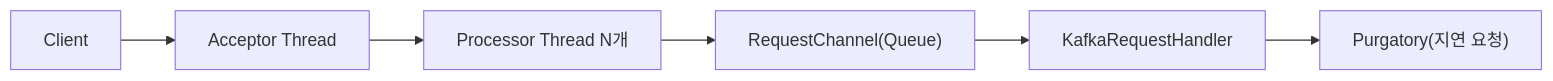
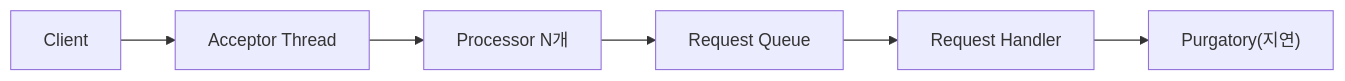
One commit to yjkim2015/yjkim2015.github.io changed the seventh of 11 diagrams in _posts/kafka/2026-05-01-kafka-internals.md. Above: the diagram before and after it, drawn with Mermaid. The commit also changed other lines of this file and 245 other files, not shown here.

First line of the commit message:
Mermaid 다이어그램 전면 수정 + 면접 포인트 접기/펼치기 + DB 데드락 페이지

````diff
--- a/_posts/kafka/2026-05-01-kafka-internals.md
+++ b/_posts/kafka/2026-05-01-kafka-internals.md
@@ -669,8 +669,8 @@
 ```mermaid
 graph LR
     CLIENT["Client"] --> ACCEPT["Acceptor Thread"]
-    ACCEPT --> PROC["Processor Thread N개"]
-    PROC --> RCHAN["RequestChannel(Queue)"]
-    RCHAN --> KAPI["KafkaRequestHandler"]
-    KAPI --> PURG["Purgatory(지연 요청)"]
+    ACCEPT --> PROC["Processor N개"]
+    PROC --> RCHAN["Request Queue"]
+    RCHAN --> KAPI["Request Handler"]
+    KAPI --> PURG["Purgatory(지연)"]
 ```
````
